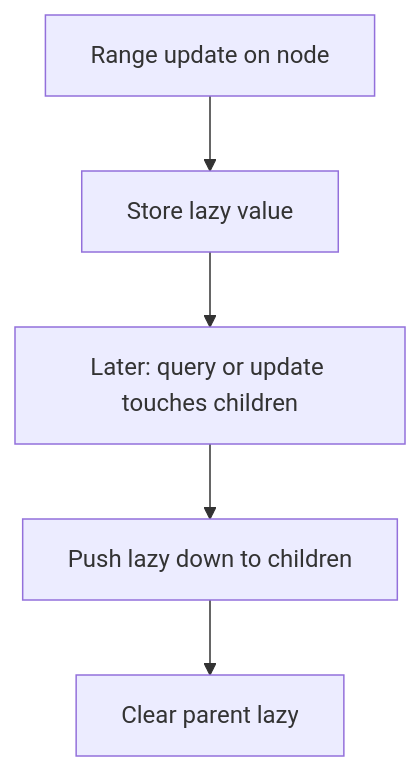
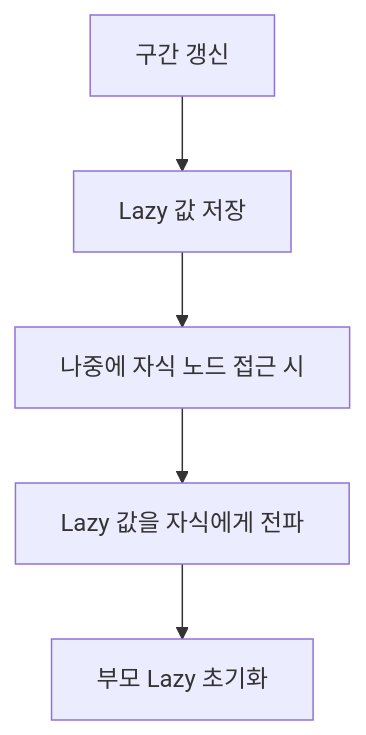
The third of 3 diagrams in _posts/algorithm/2026-03-07-segment-tree.md (mandoobox/mandoobox.github.io), drawn with Mermaid before and after one commit. The commit also changed other lines of this file and 24 other files, not shown here.

Commit message:
feat: mermaid kr

````diff
--- a/_posts/algorithm/2026-03-07-segment-tree.md
+++ b/_posts/algorithm/2026-03-07-segment-tree.md
@@ -357,7 +357,7 @@
 ```mermaid
 flowchart TD
-    A["Range update on node"] --> B["Store lazy value"]
-    B --> C["Later: query or update touches children"]
-    C --> D["Push lazy down to children"]
-    D --> E["Clear parent lazy"]
+    A["구간 갱신"] --> B["Lazy 값 저장"]
+    B --> C["나중에 자식 노드 접근 시"]
+    C --> D["Lazy 값을 자식에게 전파"]
+    D --> E["부모 Lazy 초기화"]
 ```
````
